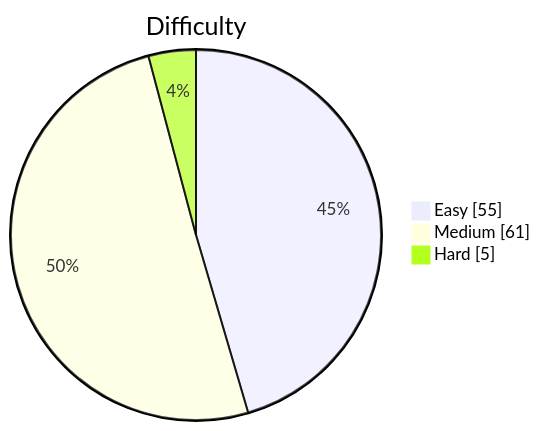
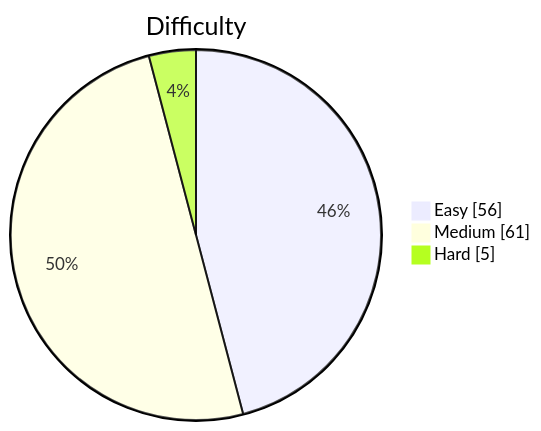
One commit to kevstevie/python-algo-practice changed the diagram in README.md. Above: the diagram before and after it, drawn with Mermaid. The commit also changed other lines of this file, not shown here.

````diff
--- a/README.md
+++ b/README.md
@@ -13,7 +13,7 @@
 ```mermaid
 pie showData
     title Difficulty
-    "Easy"   : 55
+    "Easy"   : 56
     "Medium" : 61
     "Hard"   : 5
 ```
````
